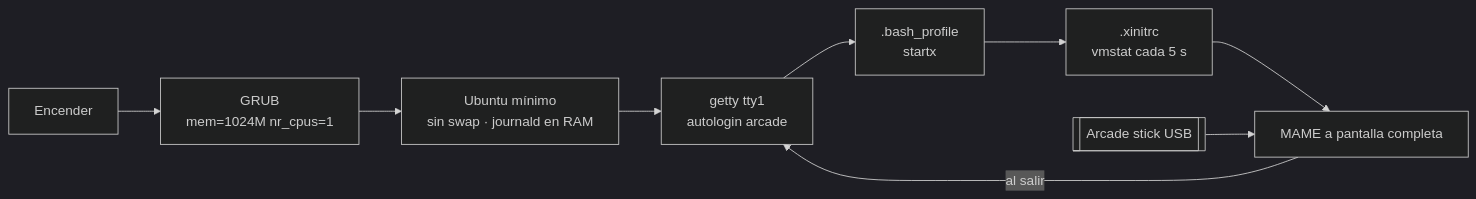
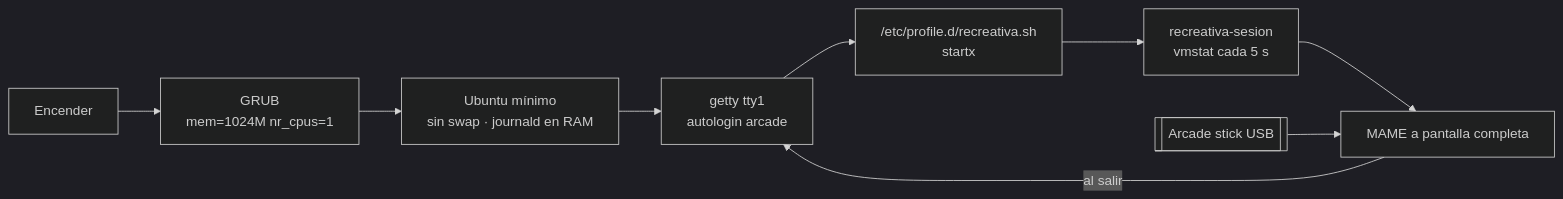
Before and after one commit to krako829/almichain-reto1: the diagram in 02-linux-recreativa/README.md, drawn with Mermaid (dark theme). The commit also changed other lines of this file and 12 other files, not shown here.

````diff
--- a/02-linux-recreativa/README.md
+++ b/02-linux-recreativa/README.md
@@ -22,11 +22,11 @@
 ```mermaid
 flowchart LR
   ON["Encender"] --> GRUB["GRUB<br/>mem=1024M nr_cpus=1"]
   GRUB --> SYS["Ubuntu mínimo<br/>sin swap · journald en RAM"]
   SYS --> TTY["getty tty1<br/>autologin arcade"]
-  TTY --> BP[".bash_profile<br/>startx"]
-  BP --> X[".xinitrc<br/>vmstat cada 5 s"]
+  TTY --> BP["/etc/profile.d/recreativa.sh<br/>startx"]
+  BP --> X["recreativa-sesion<br/>vmstat cada 5 s"]
   X --> MAME["MAME a pantalla completa"]
   STK[["Arcade stick USB"]] --> MAME
   MAME -- "al salir" --> TTY
 ```
````
